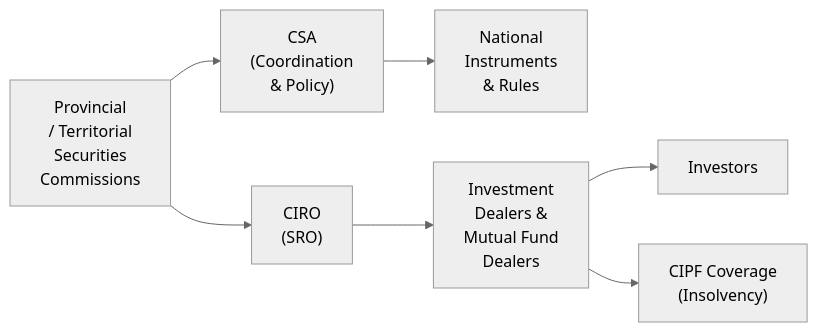
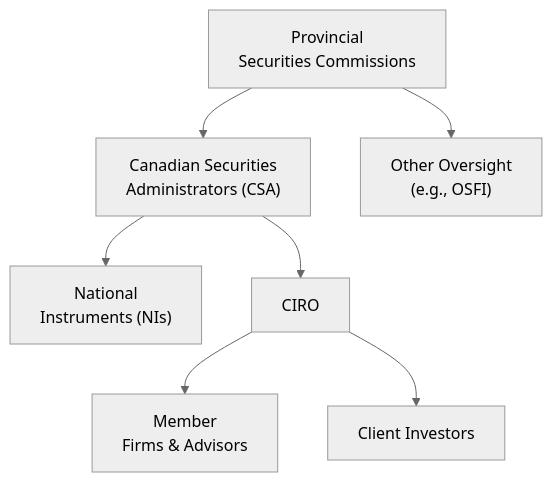
The diagram in content/ifc/2/5/index.md (MasteryEducation/SecuritiesExamsMastery.ca), drawn with Mermaid (neutral theme) before and after one commit. The commit also changed other lines of this file and 130 other files, not shown here.

````diff
--- a/content/ifc/2/5/index.md
+++ b/content/ifc/2/5/index.md
@@ -87,9 +108,9 @@
 ```mermaid
-flowchart LR
-    A["Provincial <br/>/ Territorial <br/> Securities <br/> Commissions"] --> B["CSA <br/>(Coordination <br/>& Policy)"]
-    B --> C["National <br/>Instruments <br/> & Rules"]
-    A --> D["CIRO <br/> (SRO)"]
-    D --> E["Investment <br/>Dealers & <br/>Mutual Fund <br/>Dealers"]
-    E --> F["Investors"]
-    E --> G["CIPF Coverage <br/> (Insolvency)"]
+flowchart TB
+    A["Provincial <br/>Securities Commissions"] --> B["Canadian Securities <br/>Administrators (CSA)"]
+    B --> C["National <br/>Instruments (NIs)"]
+    B --> D["CIRO"]
+    D --> E["Member <br/>Firms & Advisors"]
+    D --> F["Client Investors"]
+    A --> G["Other Oversight <br/>(e.g., OSFI)"]
 ```
````
